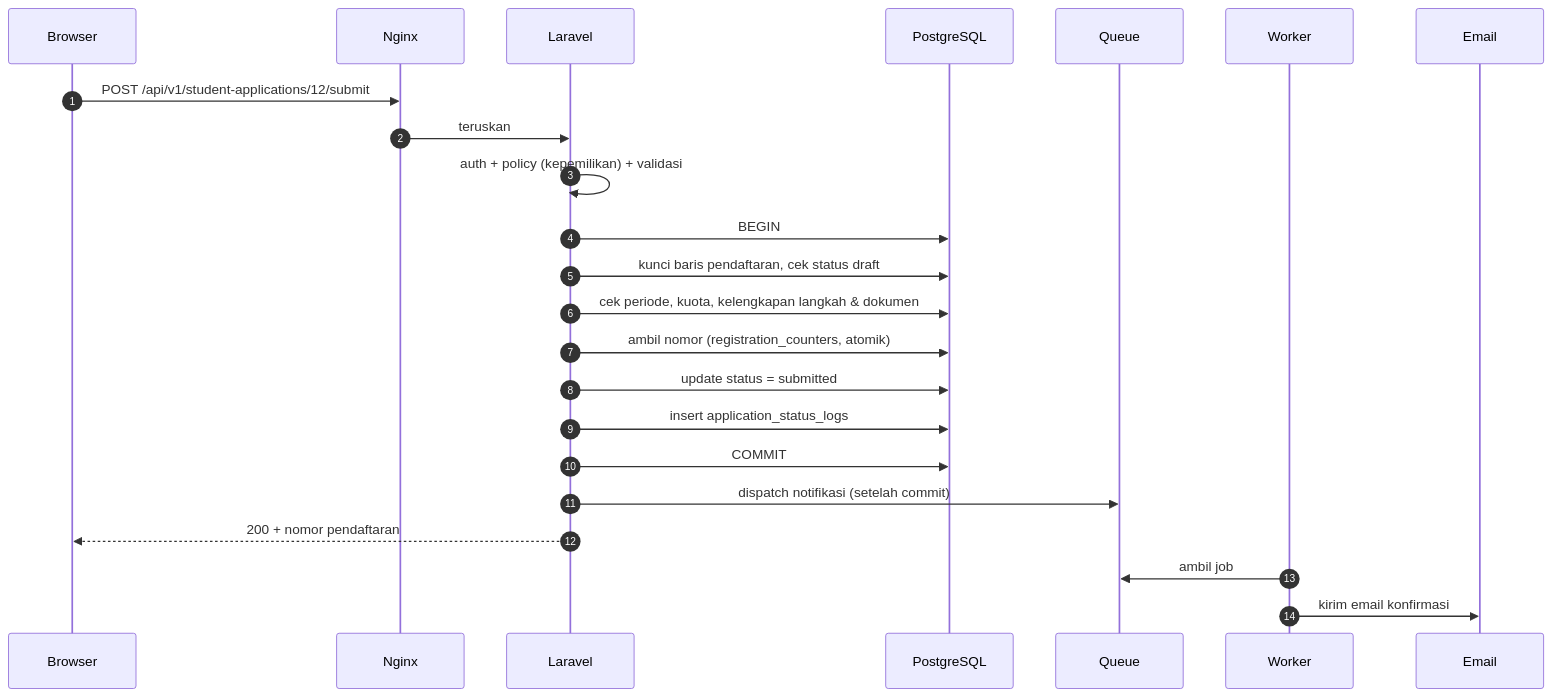
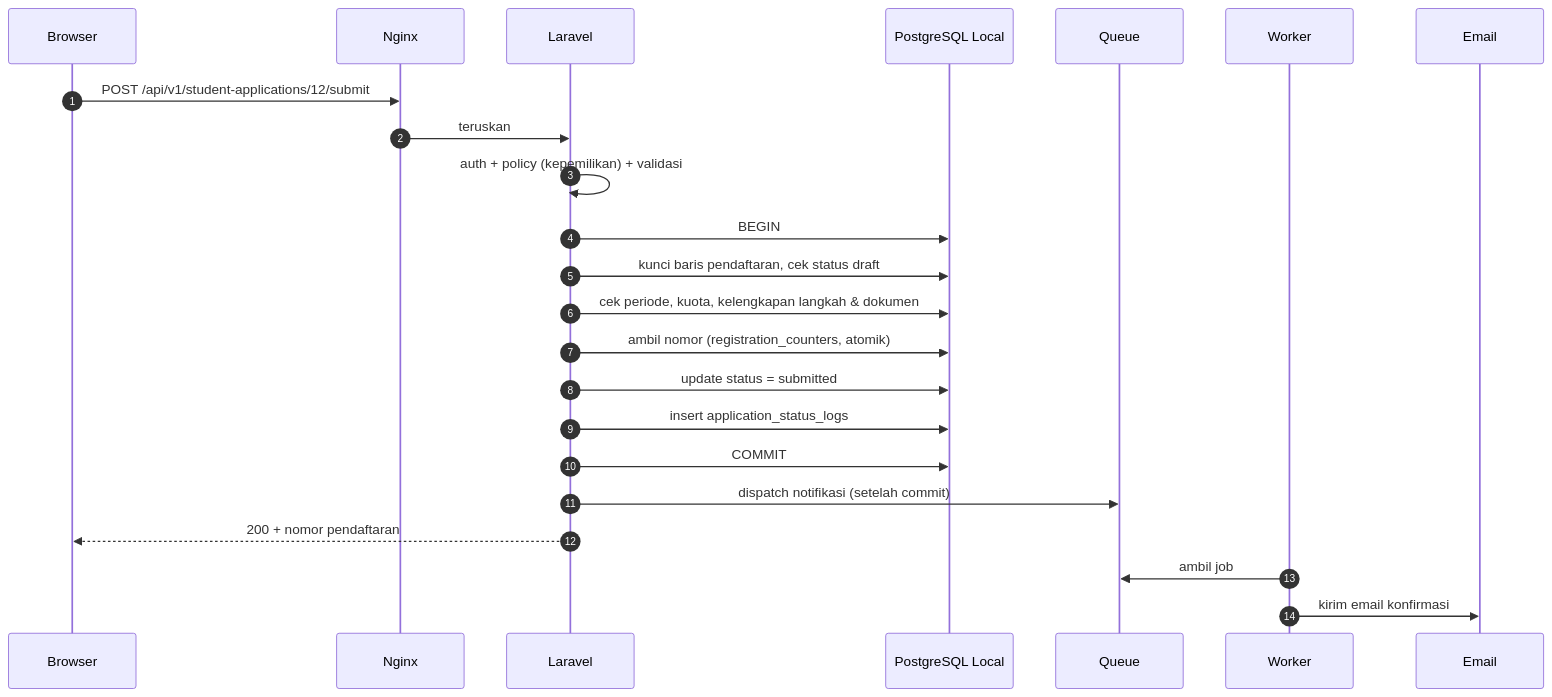
The fourth of 10 diagrams in docs/ARCHITECTURE.md (muhnazli6804-boop/companyprofile), drawn with Mermaid before and after one commit. The commit also changed other lines of this file and 4 other files, not shown here.

````diff
--- a/docs/ARCHITECTURE.md
+++ b/docs/ARCHITECTURE.md
@@ -196,26 +219,26 @@
 ```mermaid
 sequenceDiagram
     autonumber
     participant B as Browser
     participant N as Nginx
     participant L as Laravel
-    participant DB as PostgreSQL
+    participant DB as PostgreSQL Local
     participant Q as Queue
     participant W as Worker
     participant E as Email
 
     B->>N: POST /api/v1/student-applications/12/submit
     N->>L: teruskan
     L->>L: auth + policy (kepemilikan) + validasi
     L->>DB: BEGIN
     L->>DB: kunci baris pendaftaran, cek status draft
     L->>DB: cek periode, kuota, kelengkapan langkah & dokumen
     L->>DB: ambil nomor (registration_counters, atomik)
     L->>DB: update status = submitted
     L->>DB: insert application_status_logs
     L->>DB: COMMIT
     L->>Q: dispatch notifikasi (setelah commit)
     L-->>B: 200 + nomor pendaftaran
     W->>Q: ambil job
     W->>E: kirim email konfirmasi
 ```
````
